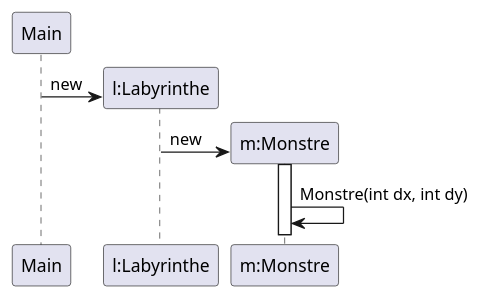
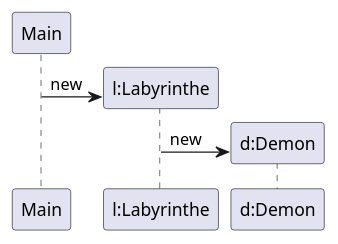
The diagram in documents/version_2/Fonction_1.puml (WashiFR/2023_Zeldiablo_weier3u_lemeunie6u_chauvel8u_dietric43u), drawn with PlantUML before and after one commit. The commit also changed 7 other files, not shown here.

Commit message:
Rectification des diagrammes de séquence

```diff
--- a/documents/version_2/Fonction_1.puml
+++ b/documents/version_2/Fonction_1.puml
@@ -1,15 +1,12 @@
 @startuml
 'https://plantuml.com/sequence-diagram
 
 participant Main
 participant "l:Labyrinthe" as labyrinthe
-participant "m:Monstre" as monstre
+participant "d:Demon" as demon
 create labyrinthe
 Main -> labyrinthe : new
-create monstre
-labyrinthe -> monstre : new
-activate monstre
-deactivate monstre
-monstre -> monstre : Monstre(int dx, int dy)
+create demon
+labyrinthe -> demon : new
 
 @enduml
```
